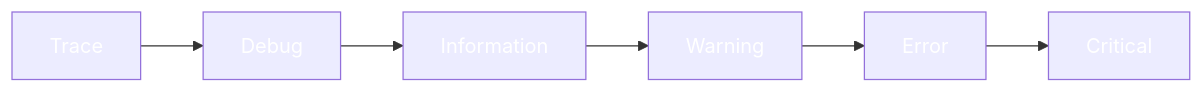
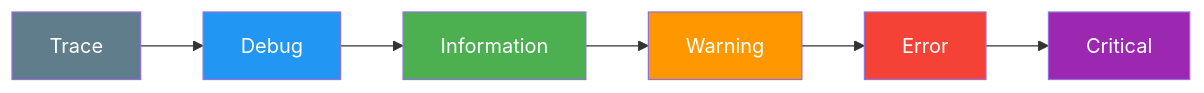
Before and after one commit to joseluisgs/DesarrolloWebEntornosServidor-02-2026-2027: the second of 2 diagrams in 09-configuracion-logging.md, drawn with Mermaid. The commit also changed other lines of this file and 29 other files, not shown here.

Commit message:
docs: corregir estilos Mermaid y estilo, quitar referencias a la Tienda y reestructurar los retos 13 y 15

````diff
--- a/09-configuracion-logging.md
+++ b/09-configuracion-logging.md
@@ -304,14 +304,14 @@
 ```mermaid
 flowchart LR
     T["Trace"] --> D["Debug"]
     D --> I["Information"]
     I --> W["Warning"]
     W --> E["Error"]
     E --> F["Critical"]
-    style T fill:#607D8,color:#fffB,color:#fff
-    style D fill:#2196F,color:#fff3,color:#fff
-    style I fill:#4CAF5,color:#fff0,color:#fff
-    style W fill:#FF980,color:#fff0,color:#fff
-    style E fill:#f4433,color:#fff6,color:#fff
-    style F fill:#9C27B,color:#fff0,color:#fff
+    style T fill:#607D8B,color:#fff
+    style D fill:#2196F3,color:#fff
+    style I fill:#4CAF50,color:#fff
+    style W fill:#FF9800,color:#fff
+    style E fill:#f44336,color:#fff
+    style F fill:#9C27B0,color:#fff
 ```
````
